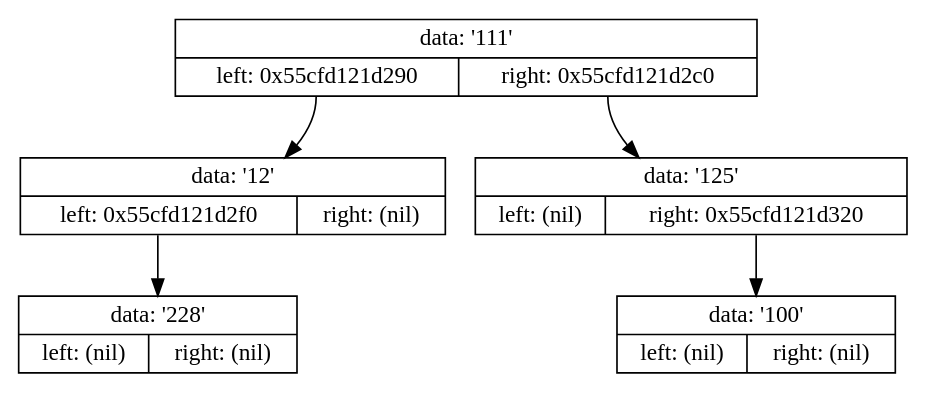
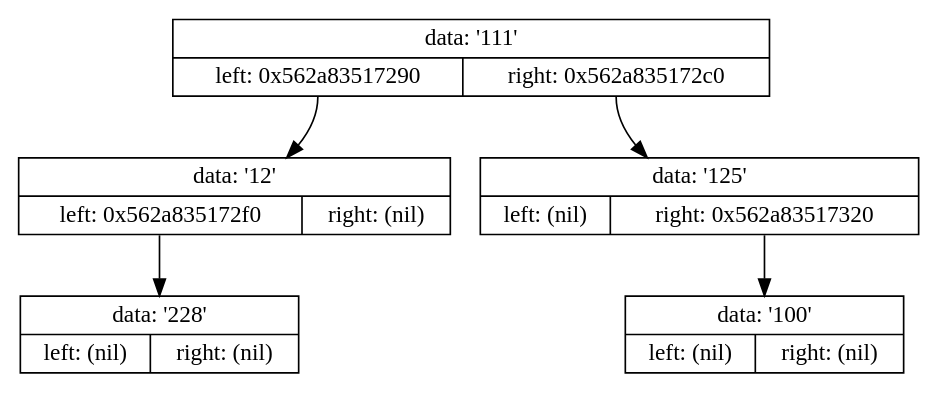
The diagram in Projects/6.Binary_Tree/tmp/tempautogeneratedlog.gv (Shishqa/MIPT_1sem_C_lang), drawn with Graphviz before and after one commit. The commit also changed 7 other files, not shown here.

```diff
--- a/Projects/6.Binary_Tree/tmp/tempautogeneratedlog.gv
+++ b/Projects/6.Binary_Tree/tmp/tempautogeneratedlog.gv
@@ -1,13 +1,13 @@
 digraph dump
 {
-	node0x55cfd121d260 [shape = "record", label = "{<f1>data: '111'|{<f2>left: 0x55cfd121d290|<f3>right: 0x55cfd121d2c0}}"];
-	node0x55cfd121d290 [shape = "record", label = "{<f1>data: '12'|{<f2>left: 0x55cfd121d2f0|<f3>right: (nil)}}"];
-	node0x55cfd121d2f0 [shape = "record", label = "{<f1>data: '228'|{<f2>left: (nil)|<f3>right: (nil)}}"];
-	node0x55cfd121d290:f2 -> node0x55cfd121d2f0
-	node0x55cfd121d260:f2 -> node0x55cfd121d290
-	node0x55cfd121d2c0 [shape = "record", label = "{<f1>data: '125'|{<f2>left: (nil)|<f3>right: 0x55cfd121d320}}"];
-	node0x55cfd121d320 [shape = "record", label = "{<f1>data: '100'|{<f2>left: (nil)|<f3>right: (nil)}}"];
-	node0x55cfd121d2c0:f3 -> node0x55cfd121d320
-	node0x55cfd121d260:f3 -> node0x55cfd121d2c0
+	node0x562a83517260 [shape = "record", label = "{<f1>data: '111'|{<f2>left: 0x562a83517290|<f3>right: 0x562a835172c0}}"];
+	node0x562a83517290 [shape = "record", label = "{<f1>data: '12'|{<f2>left: 0x562a835172f0|<f3>right: (nil)}}"];
+	node0x562a835172f0 [shape = "record", label = "{<f1>data: '228'|{<f2>left: (nil)|<f3>right: (nil)}}"];
+	node0x562a83517290:f2 -> node0x562a835172f0
+	node0x562a83517260:f2 -> node0x562a83517290
+	node0x562a835172c0 [shape = "record", label = "{<f1>data: '125'|{<f2>left: (nil)|<f3>right: 0x562a83517320}}"];
+	node0x562a83517320 [shape = "record", label = "{<f1>data: '100'|{<f2>left: (nil)|<f3>right: (nil)}}"];
+	node0x562a835172c0:f3 -> node0x562a83517320
+	node0x562a83517260:f3 -> node0x562a835172c0
 
 }
```
